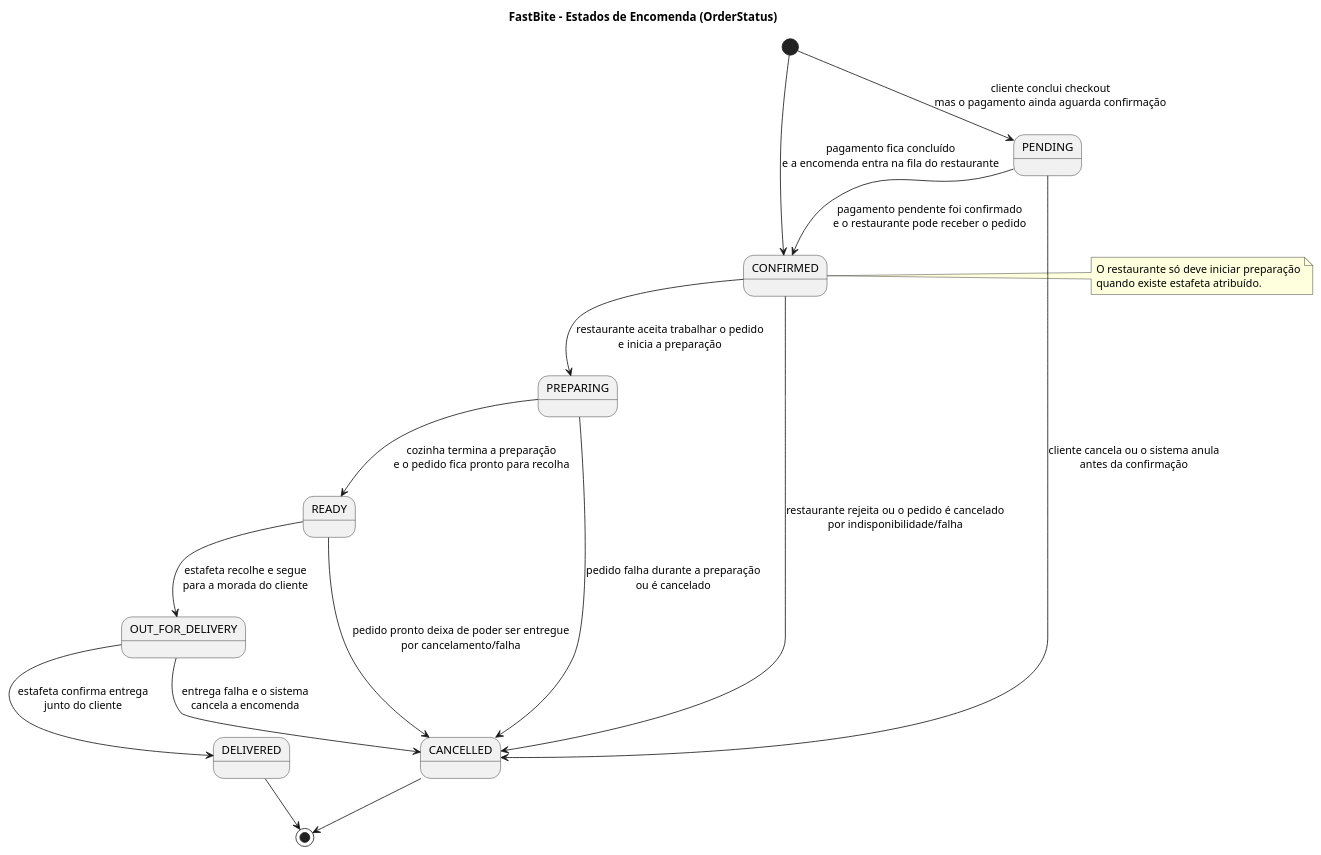
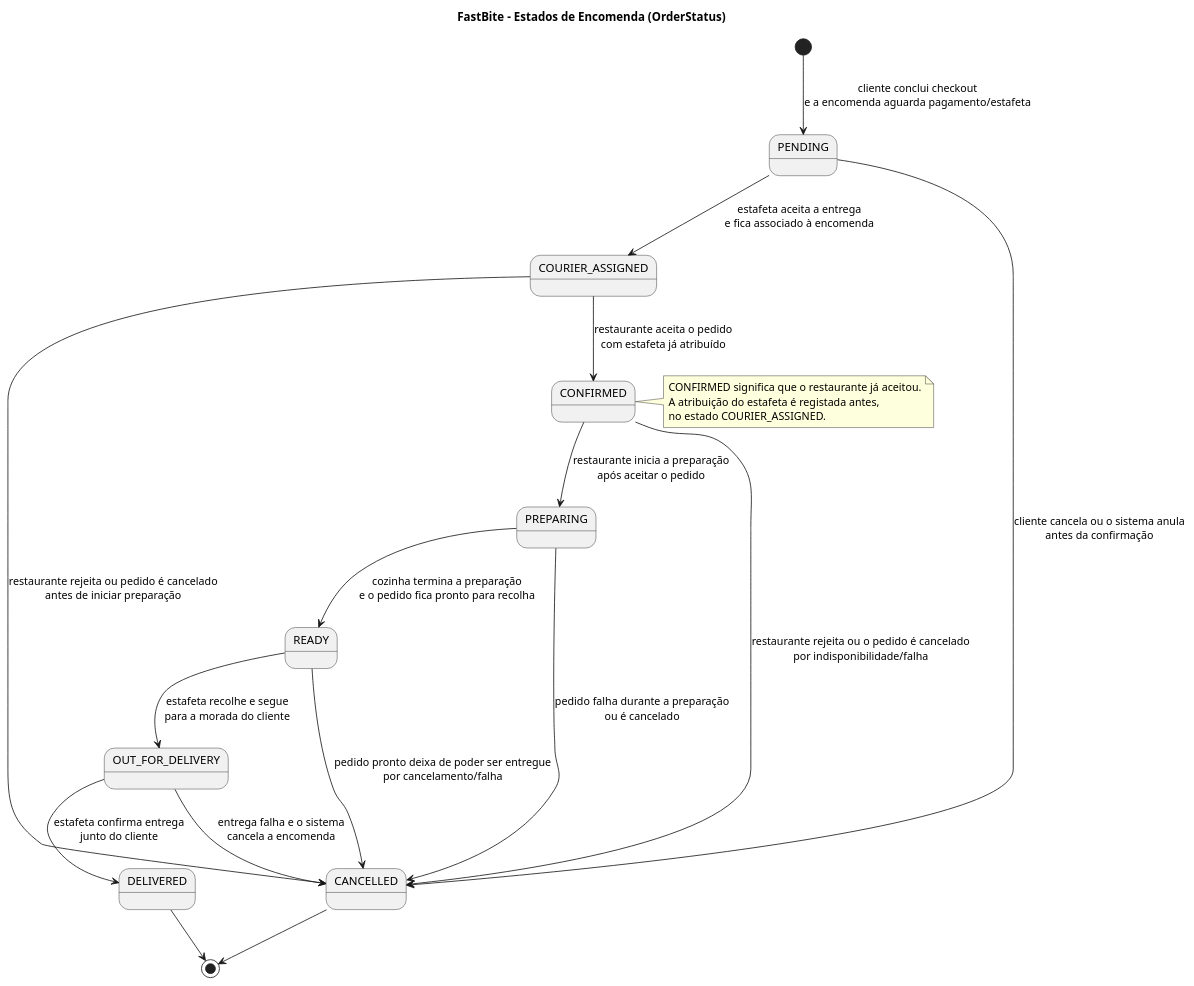
Before and after one commit to DuarteMSousa/FastBite: the diagram in Documentacao/docs novas/04a_estado_encomenda.puml, drawn with PlantUML. The commit also changed 25 other files, not shown here.

First line of the commit message:
Add COURIER_ASSIGNED order state and flow

```diff
--- a/Documentacao/docs novas/04a_estado_encomenda.puml
+++ b/Documentacao/docs novas/04a_estado_encomenda.puml
@@ -1,32 +1,35 @@
 @startuml FastBite_State_Order
 title FastBite - Estados de Encomenda (OrderStatus)
 
 skinparam shadowing false
 
-[*] --> PENDING : cliente conclui checkout\nmas o pagamento ainda aguarda confirmação
-[*] --> CONFIRMED : pagamento fica concluído\ne a encomenda entra na fila do restaurante
+[*] --> PENDING : cliente conclui checkout\ne a encomenda aguarda pagamento/estafeta
 
-PENDING --> CONFIRMED : pagamento pendente foi confirmado\ne o restaurante pode receber o pedido
+PENDING --> COURIER_ASSIGNED : estafeta aceita a entrega\ne fica associado à encomenda
 PENDING --> CANCELLED : cliente cancela ou o sistema anula\nantes da confirmação
 
-CONFIRMED --> PREPARING : restaurante aceita trabalhar o pedido\ne inicia a preparação
+COURIER_ASSIGNED --> CONFIRMED : restaurante aceita o pedido\ncom estafeta já atribuído
+COURIER_ASSIGNED --> CANCELLED : restaurante rejeita ou pedido é cancelado\nantes de iniciar preparação
+
+CONFIRMED --> PREPARING : restaurante inicia a preparação\napós aceitar o pedido
 CONFIRMED --> CANCELLED : restaurante rejeita ou o pedido é cancelado\npor indisponibilidade/falha
 
 PREPARING --> READY : cozinha termina a preparação\ne o pedido fica pronto para recolha
 PREPARING --> CANCELLED : pedido falha durante a preparação\nou é cancelado
 
 READY --> OUT_FOR_DELIVERY : estafeta recolhe e segue\npara a morada do cliente
 READY --> CANCELLED : pedido pronto deixa de poder ser entregue\npor cancelamento/falha
 
 OUT_FOR_DELIVERY --> DELIVERED : estafeta confirma entrega\njunto do cliente
 OUT_FOR_DELIVERY --> CANCELLED : entrega falha e o sistema\ncancela a encomenda
 
 DELIVERED --> [*]
 CANCELLED --> [*]
 
 note right of CONFIRMED
-  O restaurante só deve iniciar preparação
-  quando existe estafeta atribuído.
+  CONFIRMED significa que o restaurante já aceitou.
+  A atribuição do estafeta é registada antes,
+  no estado COURIER_ASSIGNED.
 end note
 
 @enduml
```
